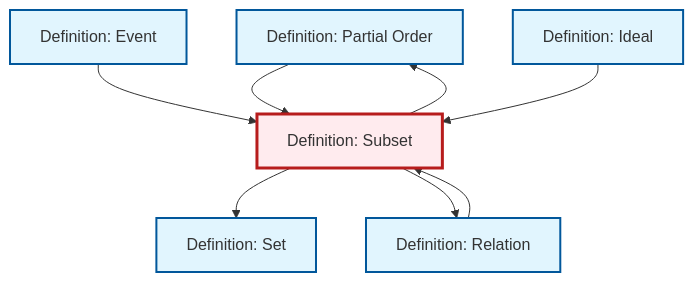
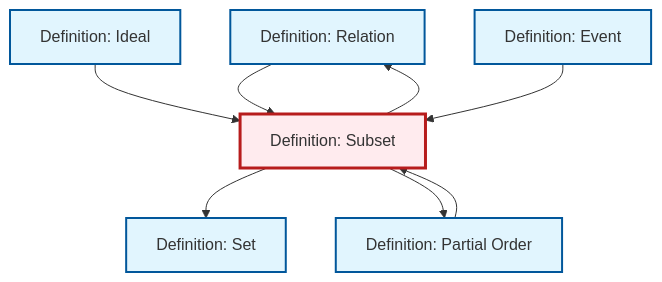
The diagram in content/ja/logic-set-theory/def-subset.qmd (RK0429/ModernMath), drawn with Mermaid before and after one commit. The commit also changed other lines of this file and 619 other files, not shown here.

````diff
--- a/content/ja/logic-set-theory/def-subset.qmd
+++ b/content/ja/logic-set-theory/def-subset.qmd
@@ -52,28 +52,28 @@
 ```{mermaid}
 %%| fig-cap: "Local dependency graph"
 graph TD
     classDef definition fill:#e1f5fe,stroke:#01579b,stroke-width:2px
     classDef theorem fill:#f3e5f5,stroke:#4a148c,stroke-width:2px
     classDef axiom fill:#fff3e0,stroke:#e65100,stroke-width:2px
     classDef example fill:#e8f5e9,stroke:#1b5e20,stroke-width:2px
     classDef current fill:#ffebee,stroke:#b71c1c,stroke-width:3px
+    def-relation["Definition: Relation"]:::definition
+    def-set["Definition: Set"]:::definition
     def-partial-order["Definition: Partial Order"]:::definition
+    def-event["Definition: Event"]:::definition
+    def-ideal["Definition: Ideal"]:::definition
     def-subset["Definition: Subset"]:::definition
-    def-ideal["Definition: Ideal"]:::definition
-    def-set["Definition: Set"]:::definition
-    def-event["Definition: Event"]:::definition
-    def-relation["Definition: Relation"]:::definition
-    def-subset --> def-set
     def-relation --> def-subset
     def-subset --> def-relation
+    def-subset --> def-set
+    def-partial-order --> def-subset
     def-subset --> def-partial-order
-    def-partial-order --> def-subset
+    def-ideal --> def-subset
     def-event --> def-subset
-    def-ideal --> def-subset
     class def-subset current
+    click def-relation "def-relation.html" "Definition: Relationへ"
+    click def-set "def-set.html" "Definition: Setへ"
     click def-partial-order "def-partial-order.html" "Definition: Partial Orderへ"
+    click def-event "def-event.html" "Definition: Eventへ"
     click def-ideal "def-ideal.html" "Definition: Idealへ"
-    click def-set "def-set.html" "Definition: Setへ"
-    click def-event "def-event.html" "Definition: Eventへ"
-    click def-relation "def-relation.html" "Definition: Relationへ"
 ```
````
